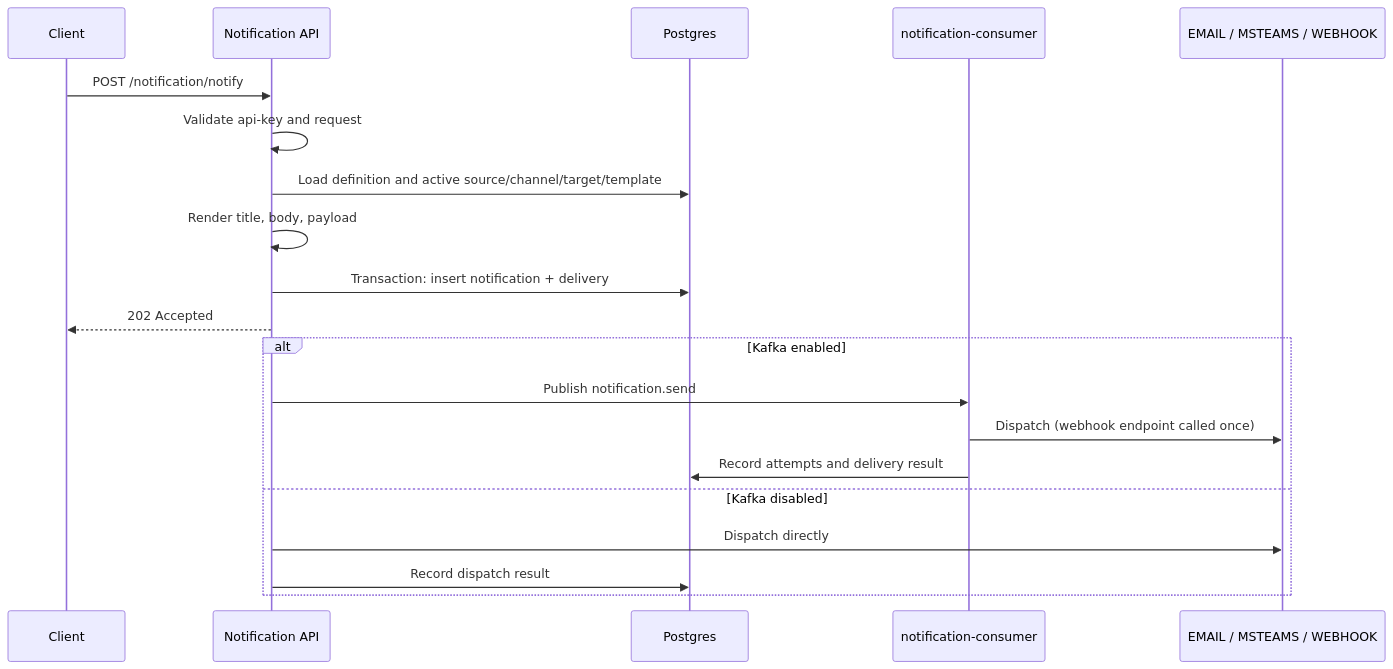
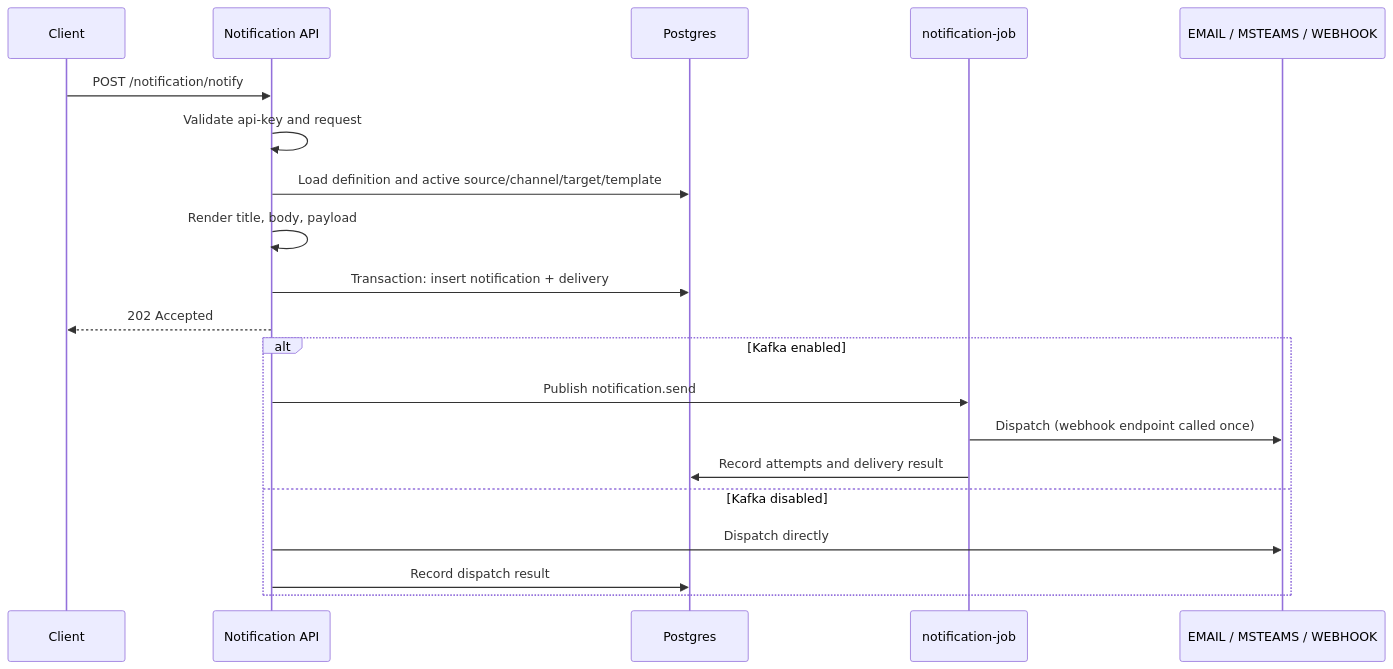
Before and after one commit to AtlasBevis/notification-service: the diagram in docs/api_flow.md, drawn with Mermaid. The commit also changed 14 other files, not shown here.

````diff
--- a/docs/api_flow.md
+++ b/docs/api_flow.md
@@ -29,23 +29,23 @@
 ```mermaid
 sequenceDiagram
     participant Client
     participant API as Notification API
     participant DB as Postgres
-    participant Worker as notification-consumer
+    participant Worker as notification-job
     participant Channel as EMAIL / MSTEAMS / WEBHOOK
 
     Client->>API: POST /notification/notify
     API->>API: Validate api-key and request
     API->>DB: Load definition and active source/channel/target/template
     API->>API: Render title, body, payload
     API->>DB: Transaction: insert notification + delivery
     API-->>Client: 202 Accepted
     alt Kafka enabled
         API->>Worker: Publish notification.send
         Worker->>Channel: Dispatch (webhook endpoint called once)
         Worker->>DB: Record attempts and delivery result
     else Kafka disabled
         API->>Channel: Dispatch directly
         API->>DB: Record dispatch result
     end
 ```
````
